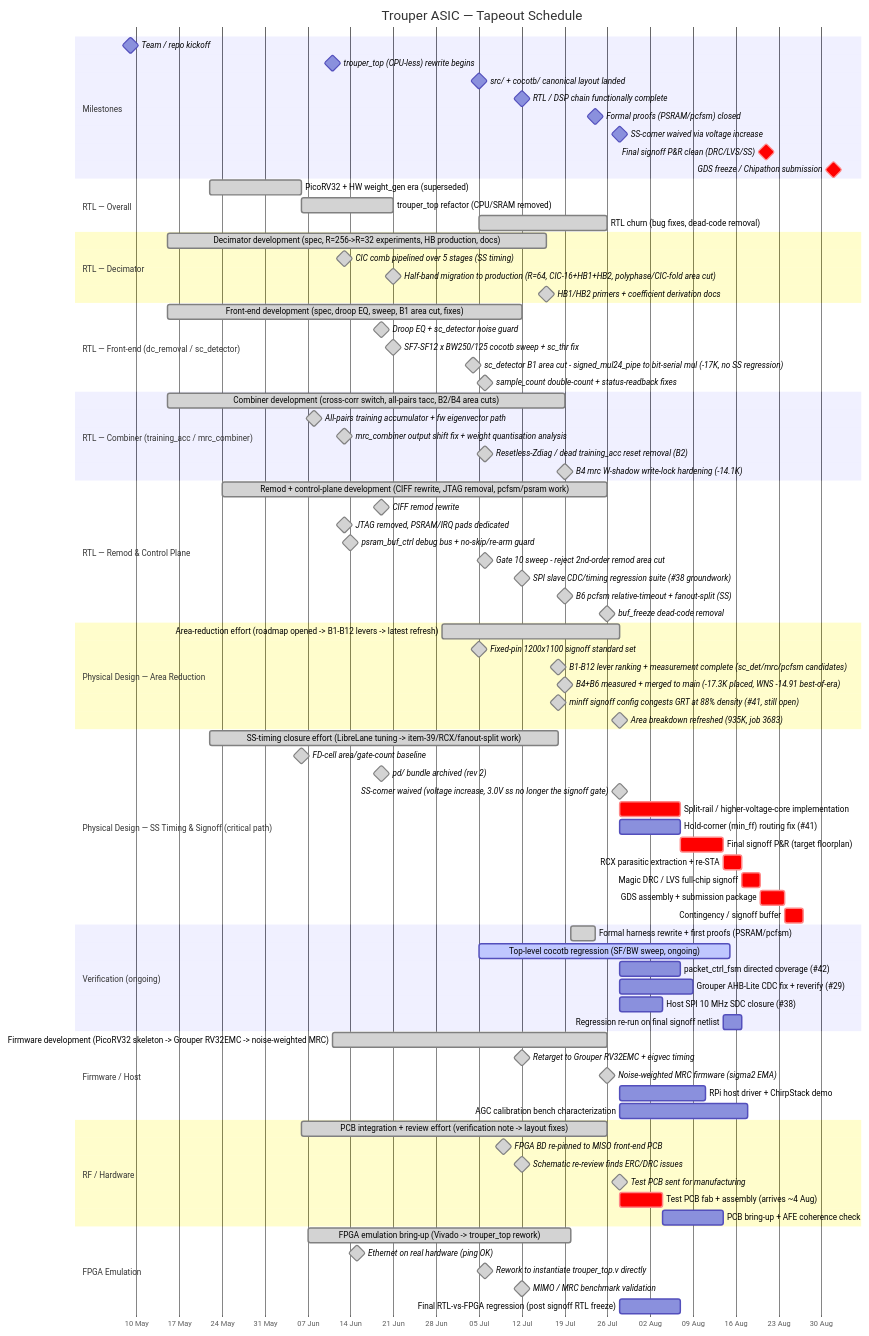
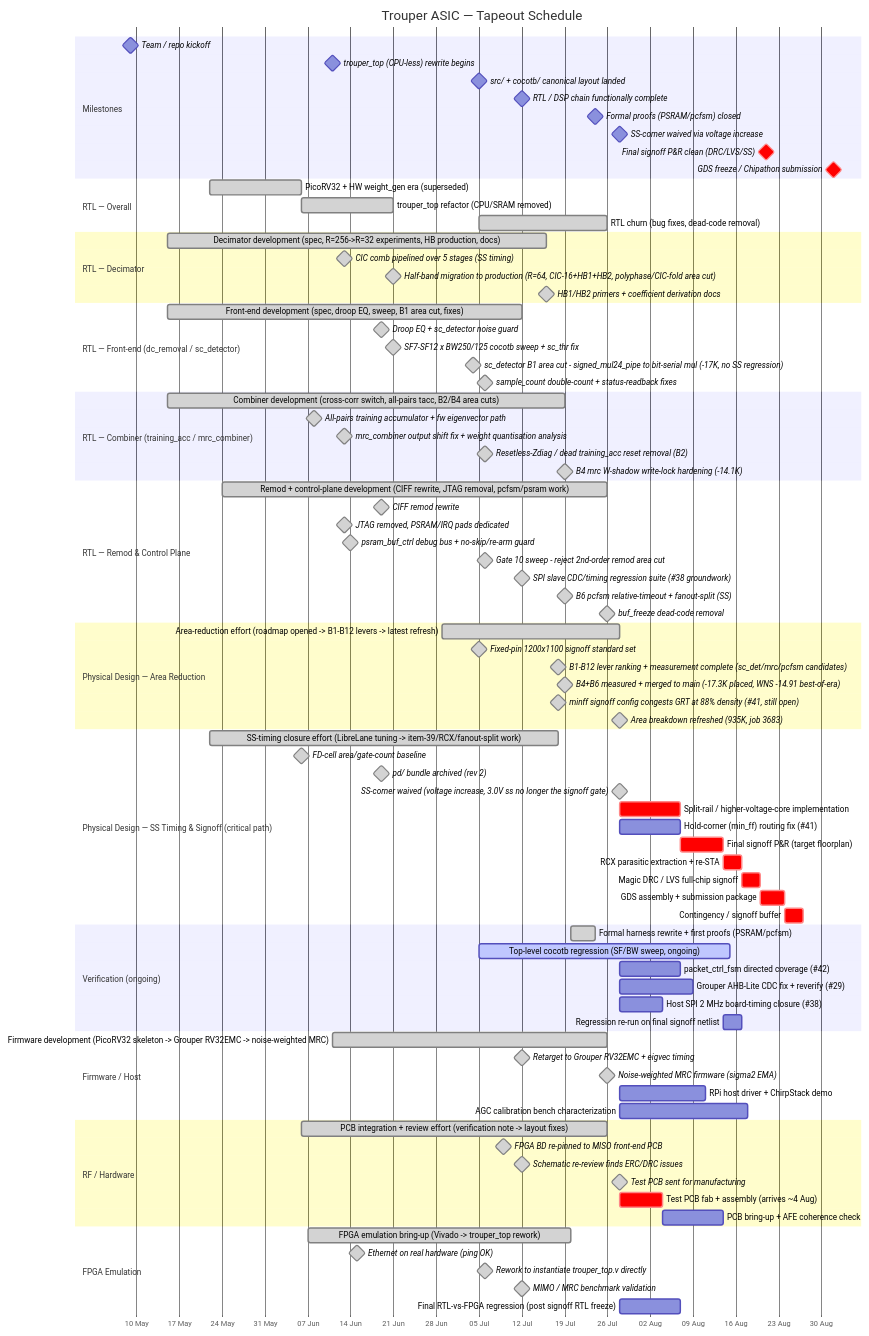
Before and after one commit to Sheffield-Chip-Design-Team/chipathon-2026-trouper: the diagram in planning/Gantt.md, drawn with Mermaid. The commit also changed 20 other files, not shown here.

First line of the commit message:
spi: re-scope the host interface from 10 MHz to 2 MHz

```diff
--- a/planning/Gantt.md
+++ b/planning/Gantt.md
@@ -100,7 +100,7 @@
     Top-level cocotb regression (SF/BW sweep, ongoing) :active, vf0, 2026-07-05, 2026-08-15
     packet_ctrl_fsm directed coverage (#42):vf1, 2026-07-28, 10d
     Grouper AHB-Lite CDC fix + reverify (#29):vf2, 2026-07-28, 12d
-    Host SPI 10 MHz SDC closure (#38)      :vf3, 2026-07-28, 7d
+    Host SPI 2 MHz board-timing closure (#38) :vf3, 2026-07-28, 7d
     Regression re-run on final signoff netlist :vf4, after pd4, 3d
 
     section Firmware / Host
```
